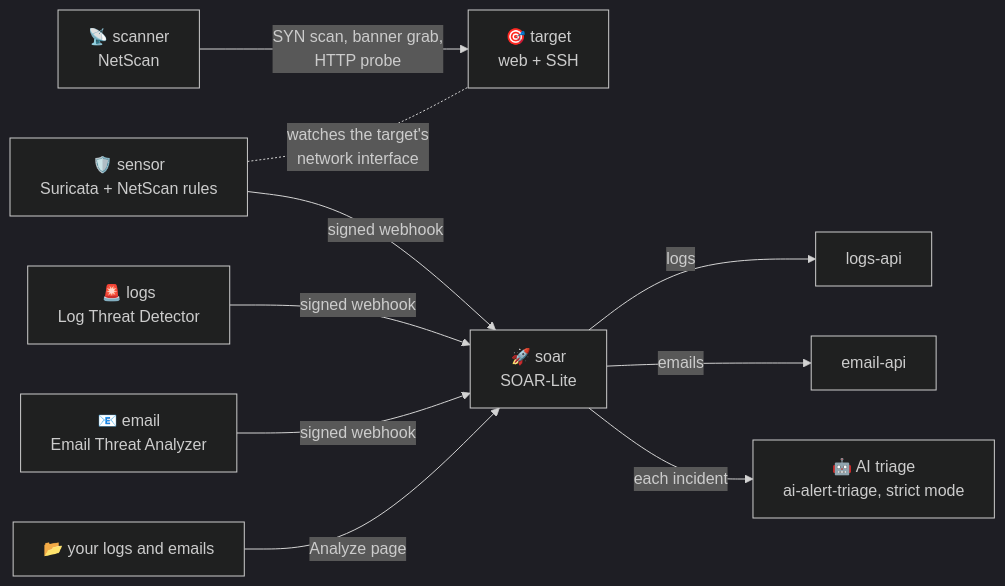
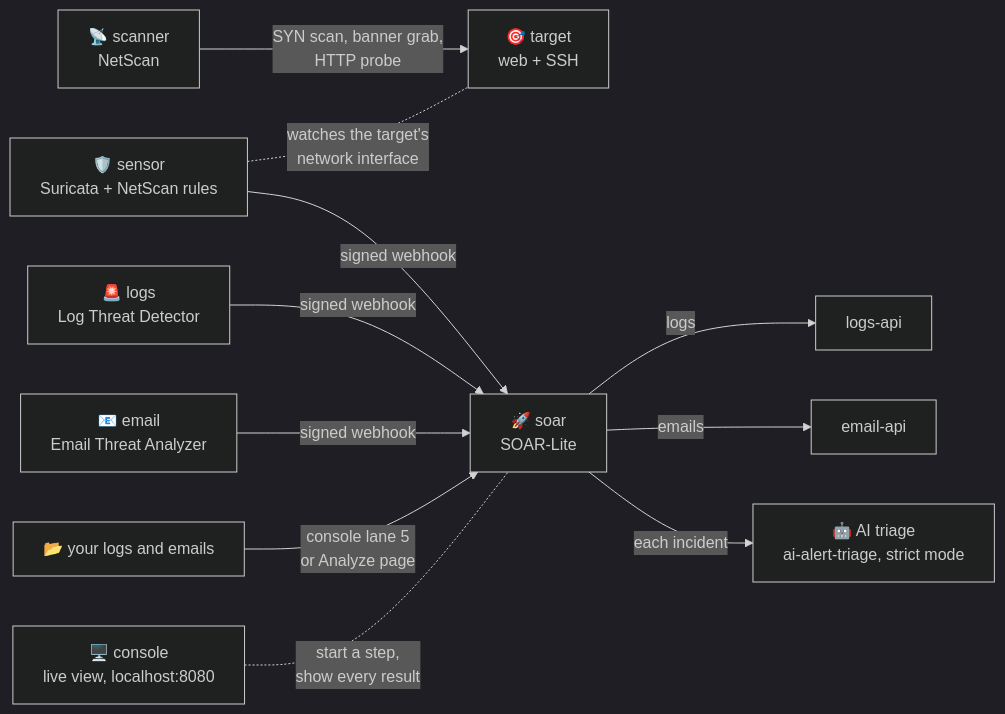
The diagram in README.md (AhmedDAH1/soc-lab), drawn with Mermaid (dark theme) before and after one commit. The commit also changed other lines of this file and 1 other file, not shown here.

Commit message:
README: live console GIF at the top, console first, diagram and Testing fixed

````diff
--- a/README.md
+++ b/README.md
@@ -19,12 +66,13 @@
 ```mermaid
 flowchart LR
     SC["📡 scanner<br/>NetScan"] -- "SYN scan, banner grab,<br/>HTTP probe" --> T["🎯 target<br/>web + SSH"]
     SE["🛡️ sensor<br/>Suricata + NetScan rules"] -. "watches the target's<br/>network interface" .- T
     SE -- "signed webhook" --> SO["🚀 soar<br/>SOAR-Lite"]
     L["🚨 logs<br/>Log Threat Detector"] -- "signed webhook" --> SO
     E["📧 email<br/>Email Threat Analyzer"] -- "signed webhook" --> SO
-    U["📂 your logs and emails"] -- "Analyze page" --> SO
+    U["📂 your logs and emails"] -- "console lane 5<br/>or Analyze page" --> SO
     SO -- "logs" --> LA["logs-api"]
     SO -- "emails" --> EA["email-api"]
     SO -- "each incident" --> AI["🤖 AI triage<br/>ai-alert-triage, strict mode"]
+    C["🖥️ console<br/>live view, localhost:8080"] -. "start a step,<br/>show every result" .- SO
 ```
````
